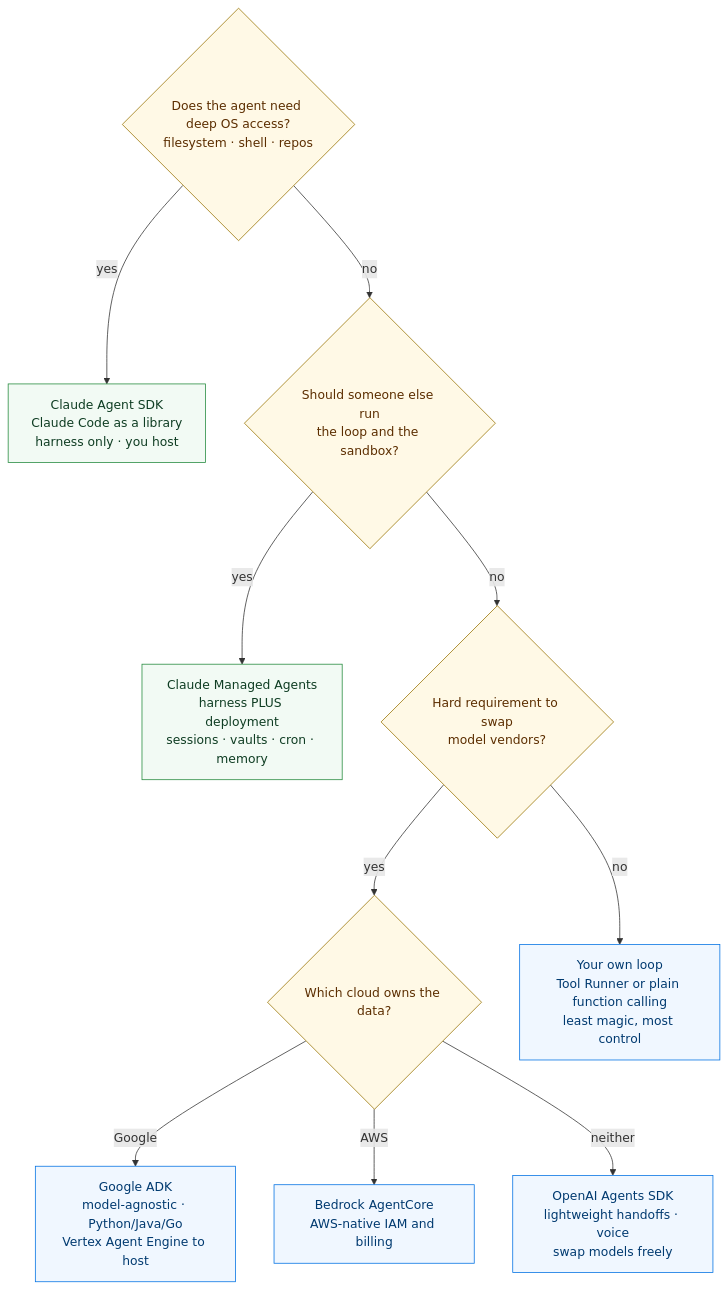
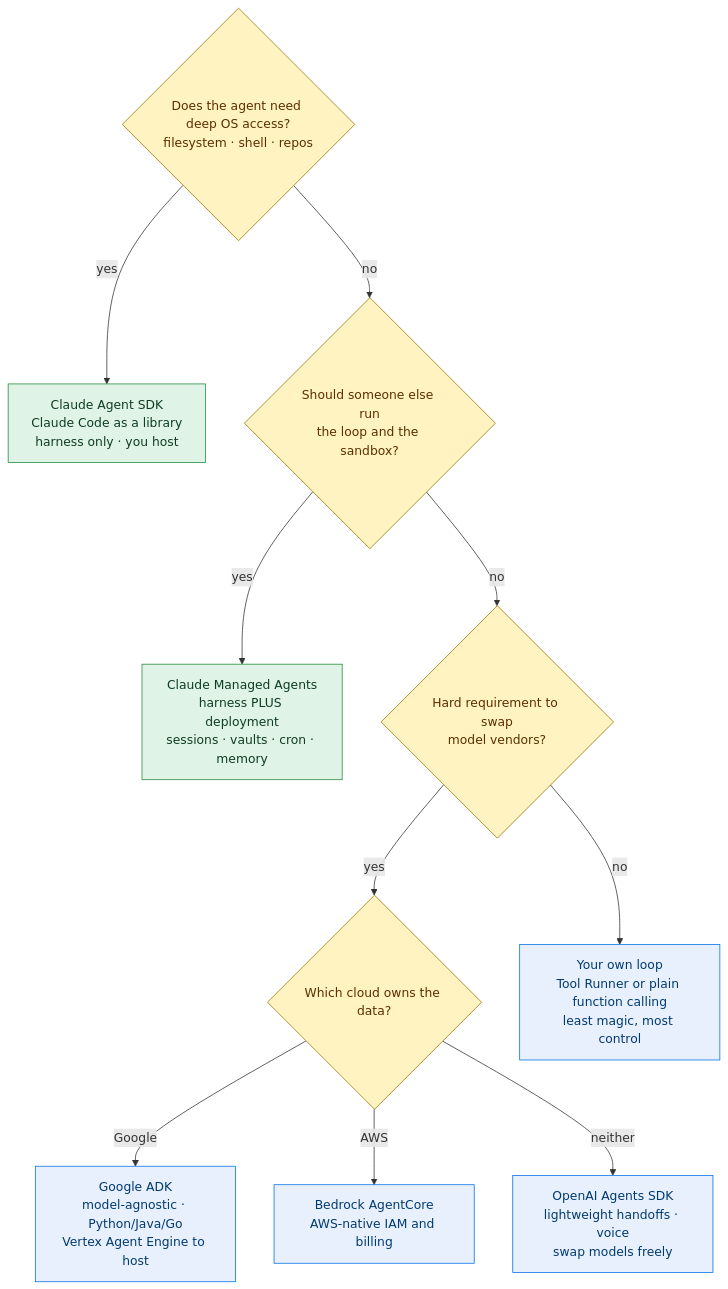
One commit to mlvpatel/open-weight-agent-stack changed the diagram in diagrams/src/platform-sdk.mmd. Above: the diagram before and after it, drawn with Mermaid. The commit also changed 36 other files, not shown here.

First line of the commit message:
feat: render diagrams on Pages, richer palette

```diff
--- a/diagrams/src/platform-sdk.mmd
+++ b/diagrams/src/platform-sdk.mmd
@@ -1,21 +1,21 @@
 flowchart TB
     Q1{"Does the agent need deep OS access?<br/>filesystem · shell · repos"}
     Q1 -->|yes| CASDK["Claude Agent SDK<br/>Claude Code as a library<br/>harness only · you host"]
     Q1 -->|no| Q2{"Should someone else run<br/>the loop and the sandbox?"}
 
     Q2 -->|yes| CMA["Claude Managed Agents<br/>harness PLUS deployment<br/>sessions · vaults · cron · memory"]
     Q2 -->|no| Q3{"Hard requirement to swap<br/>model vendors?"}
 
     Q3 -->|yes| Q4{"Which cloud owns the data?"}
     Q3 -->|no| OWN["Your own loop<br/>Tool Runner or plain function calling<br/>least magic, most control"]
 
     Q4 -->|Google| ADK["Google ADK<br/>model-agnostic · Python/Java/Go<br/>Vertex Agent Engine to host"]
     Q4 -->|AWS| BR["Bedrock AgentCore<br/>AWS-native IAM and billing"]
     Q4 -->|neither| OAI["OpenAI Agents SDK<br/>lightweight handoffs · voice<br/>swap models freely"]
 
-    classDef q fill:#fff9e6,stroke:#997404,color:#5c2e00
-    classDef pick fill:#f2faf4,stroke:#248a3d,color:#0f3d23
-    classDef alt fill:#f0f7ff,stroke:#0071e3,color:#003a70
+    classDef q fill:#fff3c2,stroke:#997404,color:#5c2e00
+    classDef pick fill:#dff3e6,stroke:#248a3d,color:#0f3d23
+    classDef alt fill:#e8f0fe,stroke:#0071e3,color:#003a70
     class Q1,Q2,Q3,Q4 q
     class CASDK,CMA pick
     class ADK,BR,OAI,OWN alt
```
